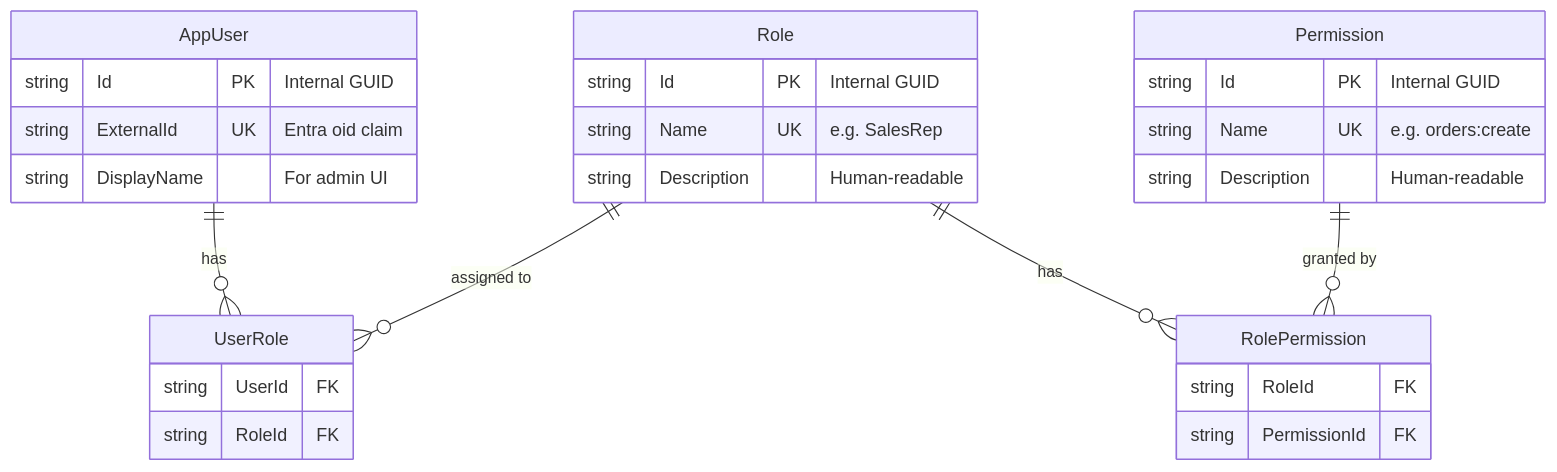
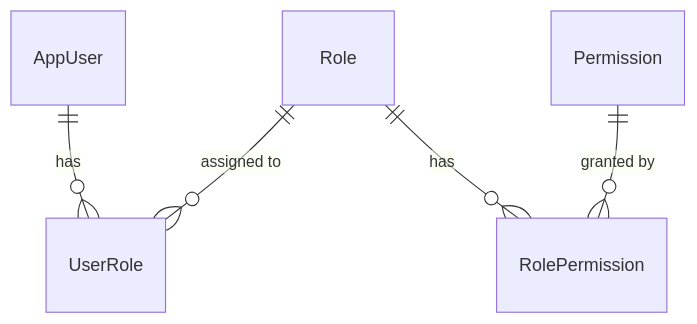
The second of 2 diagrams in docs/docfx_project/articles/integration-db-permissions.md (xavierjohn/Trellis), drawn with Mermaid before and after one commit. The commit also changed other lines of this file and 107 other files, not shown here.

````diff
--- a/docs/docfx_project/articles/integration-db-permissions.md
+++ b/docs/docfx_project/articles/integration-db-permissions.md
@@ -35,35 +53,7 @@
 ```mermaid
 erDiagram
     AppUser ||--o{ UserRole : has
     Role ||--o{ UserRole : "assigned to"
     Role ||--o{ RolePermission : has
     Permission ||--o{ RolePermission : "granted by"
-
-    AppUser {
-        string Id PK "Internal GUID"
-        string ExternalId UK "Entra oid claim"
-        string DisplayName "For admin UI"
-    }
-
-    Role {
-        string Id PK "Internal GUID"
-        string Name UK "e.g. SalesRep"
-        string Description "Human-readable"
-    }
-
-    Permission {
-        string Id PK "Internal GUID"
-        string Name UK "e.g. orders:create"
-        string Description "Human-readable"
-    }
-
-    UserRole {
-        string UserId FK
-        string RoleId FK
-    }
-
-    RolePermission {
-        string RoleId FK
-        string PermissionId FK
-    }
 ```
````
